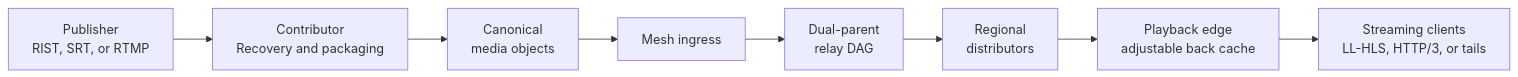
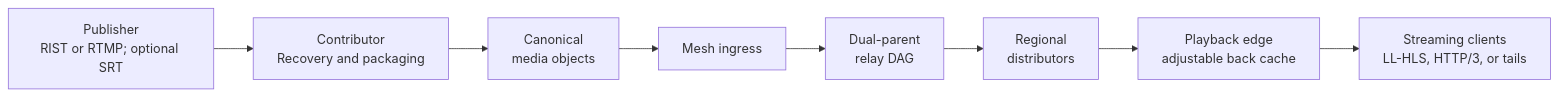
Before and after one commit to wavey-ai/needletail: the first of 7 diagrams in README.md, drawn with Mermaid. The commit also changed other lines of this file and 128 other files, not shown here.

````diff
--- a/README.md
+++ b/README.md
@@ -111,19 +111,19 @@
 ```mermaid
 flowchart LR
-    P["Publisher<br/>RIST, SRT, or RTMP"]
+    P["Publisher<br/>RIST or RTMP; optional SRT"]
     C["Contributor<br/>Recovery and packaging"]
     O["Canonical<br/>media objects"]
     I["Mesh ingress"]
     R["Dual-parent<br/>relay DAG"]
     D["Regional<br/>distributors"]
     E["Playback edge<br/>adjustable back cache"]
     V["Streaming clients<br/>LL-HLS, HTTP/3, or tails"]
 
     P --> C
     C --> O
     O --> I
     I --> R
     R --> D
     D --> E
     E --> V
 ```
````
